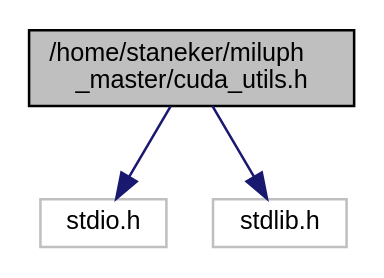
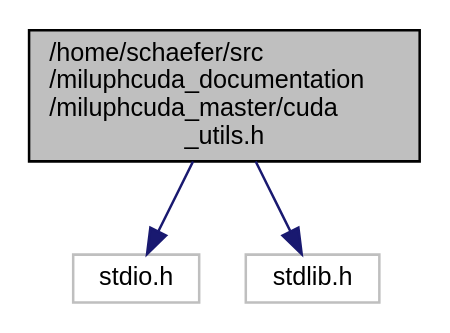
The diagram in docs/cuda__utils_8h__incl.dot (christophmschaefer/miluphcuda), drawn with Graphviz before and after one commit. The commit also changed 272 other files, not shown here.

```diff
--- a/docs/cuda__utils_8h__incl.dot
+++ b/docs/cuda__utils_8h__incl.dot
@@ -1,10 +1,10 @@
-digraph "/home/staneker/miluph_master/cuda_utils.h"
+digraph "/home/schaefer/src/miluphcuda_documentation/miluphcuda_master/cuda_utils.h"
 {
   edge [fontname="Helvetica",fontsize="10",labelfontname="Helvetica",labelfontsize="10"];
   node [fontname="Helvetica",fontsize="10",shape=record];
-  Node0 [label="/home/staneker/miluph\l_master/cuda_utils.h",height=0.2,width=0.4,color="black", fillcolor="grey75", style="filled", fontcolor="black"];
+  Node0 [label="/home/schaefer/src\l/miluphcuda_documentation\l/miluphcuda_master/cuda\l_utils.h",height=0.2,width=0.4,color="black", fillcolor="grey75", style="filled", fontcolor="black"];
   Node0 -> Node1 [color="midnightblue",fontsize="10",style="solid",fontname="Helvetica"];
   Node1 [label="stdio.h",height=0.2,width=0.4,color="grey75", fillcolor="white", style="filled"];
   Node0 -> Node2 [color="midnightblue",fontsize="10",style="solid",fontname="Helvetica"];
   Node2 [label="stdlib.h",height=0.2,width=0.4,color="grey75", fillcolor="white", style="filled"];
 }
```
